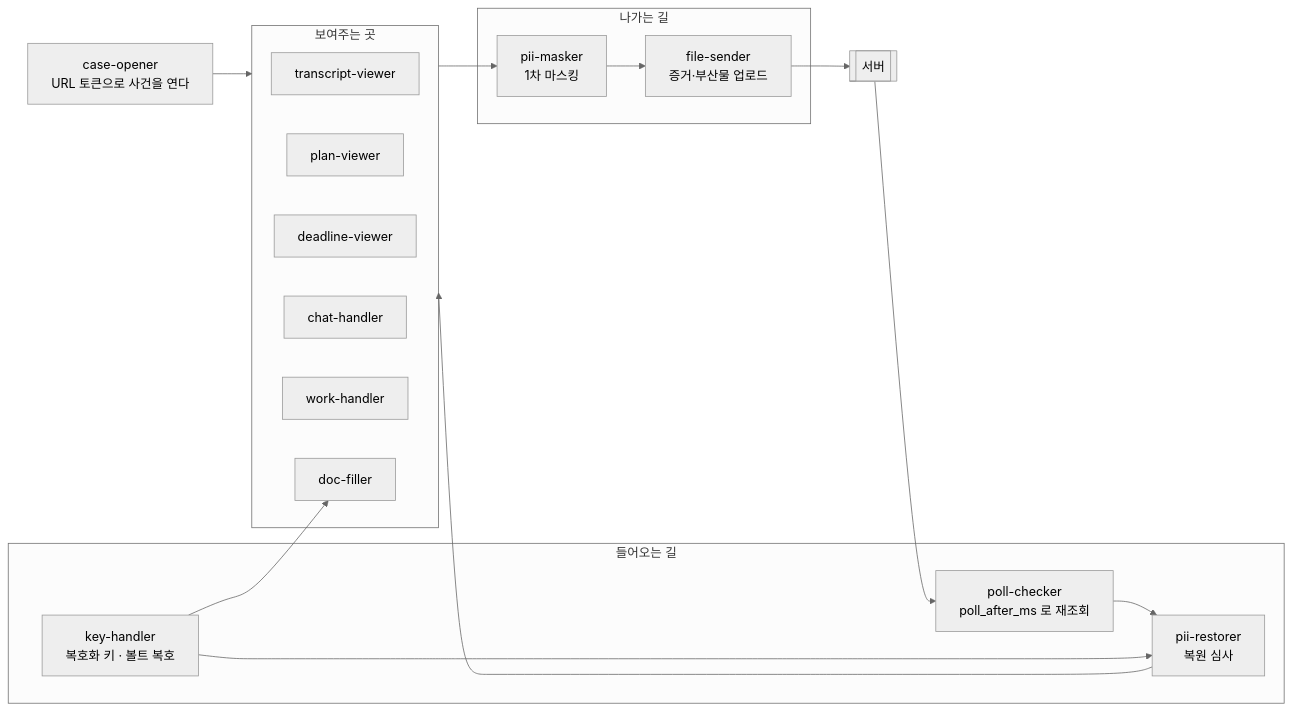
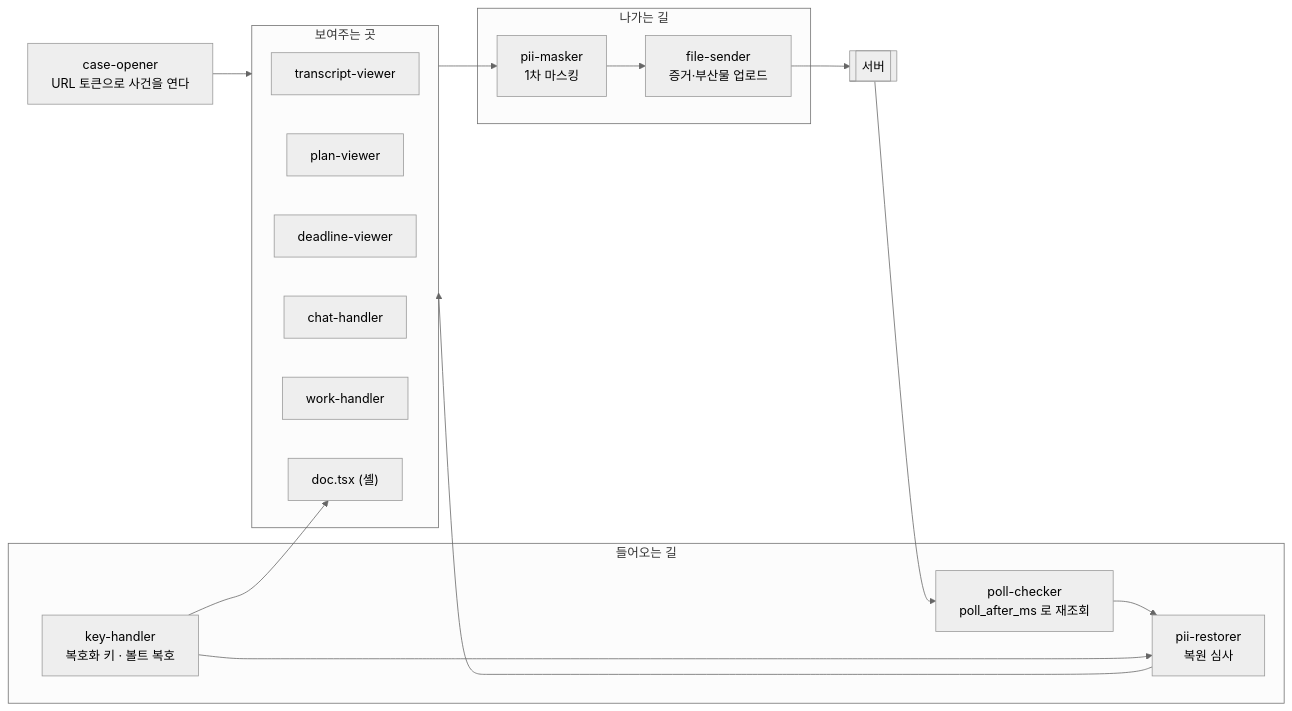
One commit to Dojaegyum/fsec-ai-challenge changed the seventh of 9 diagrams in ARCHITECTURE.md. Above: the diagram before and after it, drawn with Mermaid (neutral theme). The commit also changed other lines of this file and 14 other files, not shown here.

````diff
--- a/ARCHITECTURE.md
+++ b/ARCHITECTURE.md
@@ -281,30 +281,30 @@
 ```mermaid
 flowchart LR
     OPEN["case-opener<br/>URL 토큰으로 사건을 연다"]
 
     subgraph OUTBOUND["나가는 길"]
         MASK["pii-masker<br/>1차 마스킹"]
         SEND["file-sender<br/>증거·부산물 업로드"]
     end
 
     subgraph INBOUND["들어오는 길"]
         POLL["poll-checker<br/>poll_after_ms 로 재조회"]
         KEY["key-handler<br/>복호화 키 · 볼트 복호"]
         REST2["pii-restorer<br/>복원 심사"]
     end
 
     subgraph SHOW["보여주는 곳"]
         TV["transcript-viewer"]
         PV["plan-viewer"]
         DV["deadline-viewer"]
         CH["chat-handler"]
         WH["work-handler"]
-        DF["doc-filler"]
+        DF["doc.tsx (셸)"]
     end
 
     OPEN --> SHOW
     SHOW --> MASK --> SEND --> SERVER[["서버"]]
     SERVER --> POLL --> REST2 --> SHOW
     KEY --> REST2
     KEY --> DF
 ```
````
